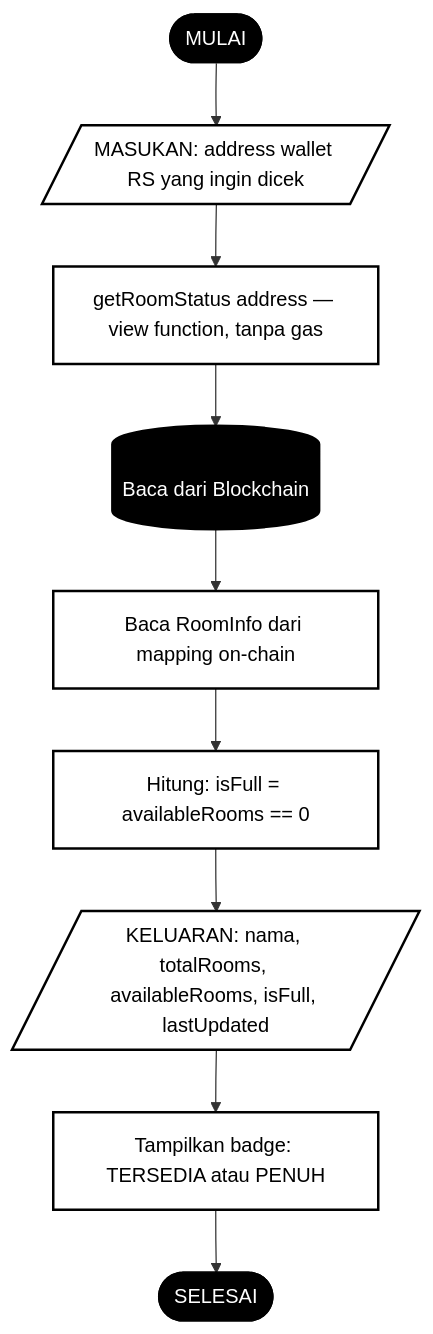
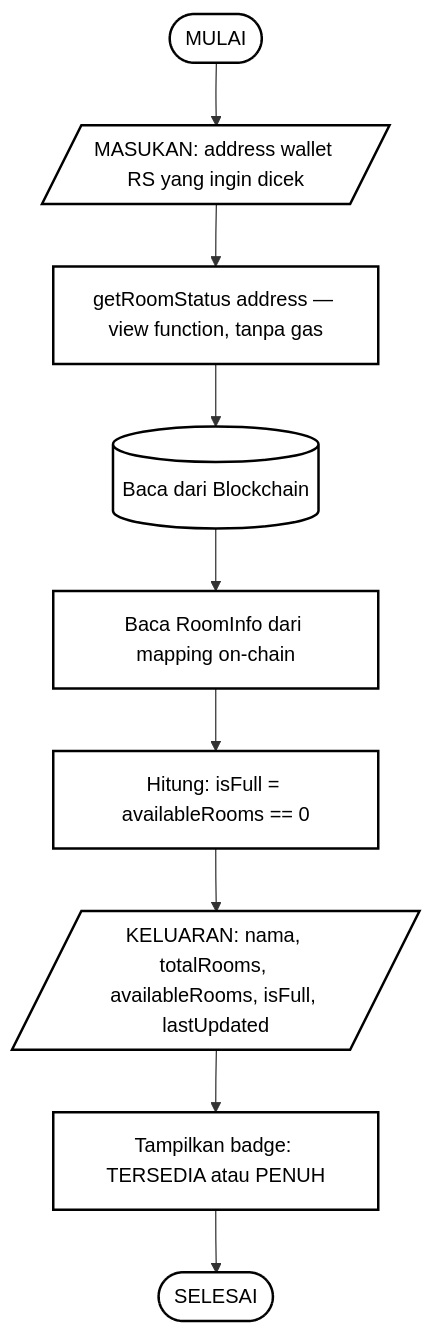
The fifth of 7 diagrams in readme/capstone_blockchain.md (abuab234/Status-Ketersediaan-Kamar-RS), drawn with Mermaid before and after one commit. The commit also changed other lines of this file, not shown here.

````diff
--- a/readme/capstone_blockchain.md
+++ b/readme/capstone_blockchain.md
@@ -256,21 +256,21 @@
 ```mermaid
 flowchart TD
     C1([MULAI]) --> C2[/"MASUKAN: address wallet RS yang ingin dicek"/]
     C2 --> C3["getRoomStatus address — view function, tanpa gas"]
     C3 --> CDB[("Baca dari Blockchain")]
     CDB --> C4["Baca RoomInfo dari mapping on-chain"]
     C4 --> C5["Hitung: isFull = availableRooms == 0"]
     C5 --> C6[/"KELUARAN: nama, totalRooms, availableRooms, isFull, lastUpdated"/]
     C6 --> C7["Tampilkan badge: TERSEDIA atau PENUH"]
     C7 --> C8([SELESAI])
 
-    style C1 fill:#000,color:#fff,stroke:#000
-    style C8 fill:#000,color:#fff,stroke:#000
-    style C3 fill:#fff,color:#000,stroke:#000,stroke-width:2px
-    style C4 fill:#fff,color:#000,stroke:#000,stroke-width:2px
-    style C5 fill:#fff,color:#000,stroke:#000,stroke-width:2px
-    style C7 fill:#fff,color:#000,stroke:#000,stroke-width:2px
-    style C2 fill:#fff,color:#000,stroke:#000,stroke-width:2px
-    style C6 fill:#fff,color:#000,stroke:#000,stroke-width:2px
-    style CDB fill:#000,color:#fff,stroke:#000,stroke-width:3px
+    style C1 fill:none,color:#000,stroke:#000,stroke-width:2px
+    style C8 fill:none,color:#000,stroke:#000,stroke-width:2px
+    style C3 fill:none,color:#000,stroke:#000,stroke-width:2px
+    style C4 fill:none,color:#000,stroke:#000,stroke-width:2px
+    style C5 fill:none,color:#000,stroke:#000,stroke-width:2px
+    style C7 fill:none,color:#000,stroke:#000,stroke-width:2px
+    style C2 fill:none,color:#000,stroke:#000,stroke-width:2px
+    style C6 fill:none,color:#000,stroke:#000,stroke-width:2px
+    style CDB fill:none,color:#000,stroke:#000,stroke-width:2px
 ```
````
